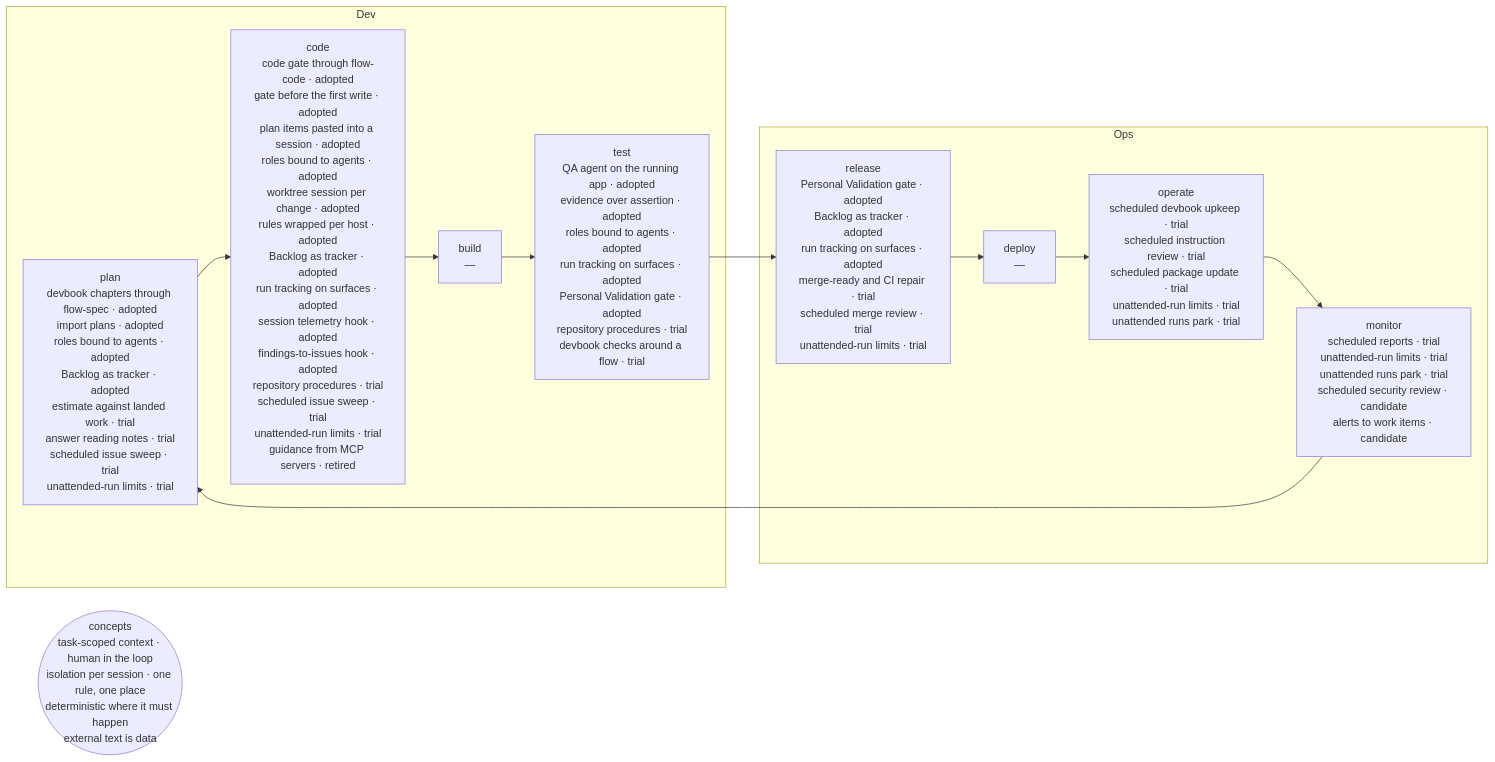
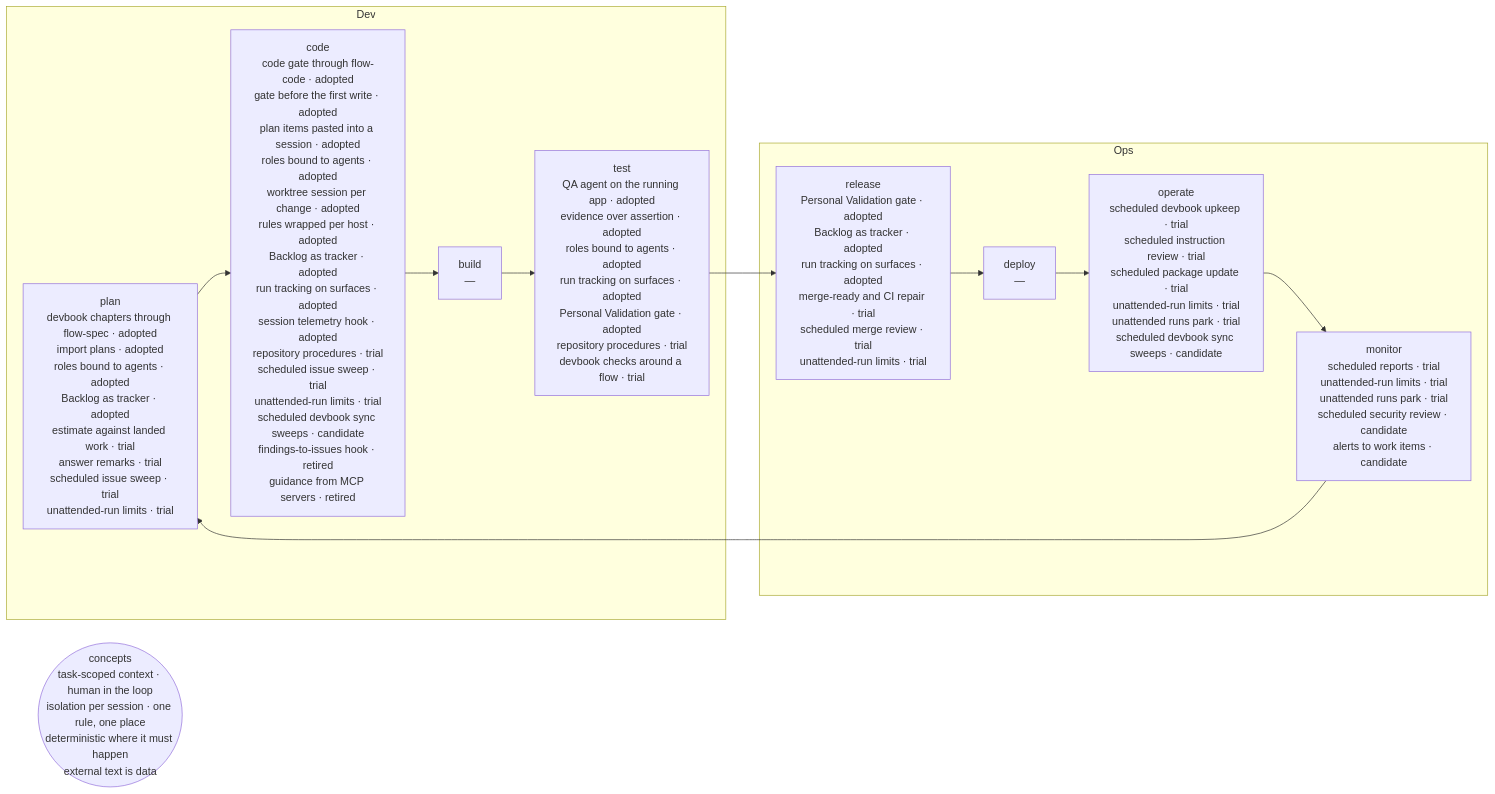
One commit to JSdotNet/Backlog changed the diagram in .devbook/ai/adoption-map.md. Above: the diagram before and after it, drawn with Mermaid. The commit also changed other lines of this file and 131 other files, not shown here.

First line of the commit message:
docs(devbook): review pass over arc42, domain, tech, design and ai

````diff
--- a/.devbook/ai/adoption-map.md
+++ b/.devbook/ai/adoption-map.md
@@ -26,17 +26,17 @@
 ```mermaid
 flowchart LR
     subgraph dev [Dev]
-        plan["plan<br/>devbook chapters through flow-spec · adopted<br/>import plans · adopted<br/>roles bound to agents · adopted<br/>Backlog as tracker · adopted<br/>estimate against landed work · trial<br/>answer reading notes · trial<br/>scheduled issue sweep · trial<br/>unattended-run limits · trial"]
-        code["code<br/>code gate through flow-code · adopted<br/>gate before the first write · adopted<br/>plan items pasted into a session · adopted<br/>roles bound to agents · adopted<br/>worktree session per change · adopted<br/>rules wrapped per host · adopted<br/>Backlog as tracker · adopted<br/>run tracking on surfaces · adopted<br/>session telemetry hook · adopted<br/>findings-to-issues hook · adopted<br/>repository procedures · trial<br/>scheduled issue sweep · trial<br/>unattended-run limits · trial<br/>guidance from MCP servers · retired"]
+        plan["plan<br/>devbook chapters through flow-spec · adopted<br/>import plans · adopted<br/>roles bound to agents · adopted<br/>Backlog as tracker · adopted<br/>estimate against landed work · trial<br/>answer remarks · trial<br/>scheduled issue sweep · trial<br/>unattended-run limits · trial"]
+        code["code<br/>code gate through flow-code · adopted<br/>gate before the first write · adopted<br/>plan items pasted into a session · adopted<br/>roles bound to agents · adopted<br/>worktree session per change · adopted<br/>rules wrapped per host · adopted<br/>Backlog as tracker · adopted<br/>run tracking on surfaces · adopted<br/>session telemetry hook · adopted<br/>repository procedures · trial<br/>scheduled issue sweep · trial<br/>unattended-run limits · trial<br/>scheduled devbook sync sweeps · candidate<br/>findings-to-issues hook · retired<br/>guidance from MCP servers · retired"]
         build["build<br/>—"]
         test["test<br/>QA agent on the running app · adopted<br/>evidence over assertion · adopted<br/>roles bound to agents · adopted<br/>run tracking on surfaces · adopted<br/>Personal Validation gate · adopted<br/>repository procedures · trial<br/>devbook checks around a flow · trial"]
     end
     subgraph ops [Ops]
         release["release<br/>Personal Validation gate · adopted<br/>Backlog as tracker · adopted<br/>run tracking on surfaces · adopted<br/>merge-ready and CI repair · trial<br/>scheduled merge review · trial<br/>unattended-run limits · trial"]
         deploy["deploy<br/>—"]
-        operate["operate<br/>scheduled devbook upkeep · trial<br/>scheduled instruction review · trial<br/>scheduled package update · trial<br/>unattended-run limits · trial<br/>unattended runs park · trial"]
+        operate["operate<br/>scheduled devbook upkeep · trial<br/>scheduled instruction review · trial<br/>scheduled package update · trial<br/>unattended-run limits · trial<br/>unattended runs park · trial<br/>scheduled devbook sync sweeps · candidate"]
         monitor["monitor<br/>scheduled reports · trial<br/>unattended-run limits · trial<br/>unattended runs park · trial<br/>scheduled security review · candidate<br/>alerts to work items · candidate"]
     end
     concepts(("concepts<br/>task-scoped context · human in the loop<br/>isolation per session · one rule, one place<br/>deterministic where it must happen<br/>external text is data"))
     plan --> code --> build --> test --> release --> deploy --> operate --> monitor --> plan
 ```
````
